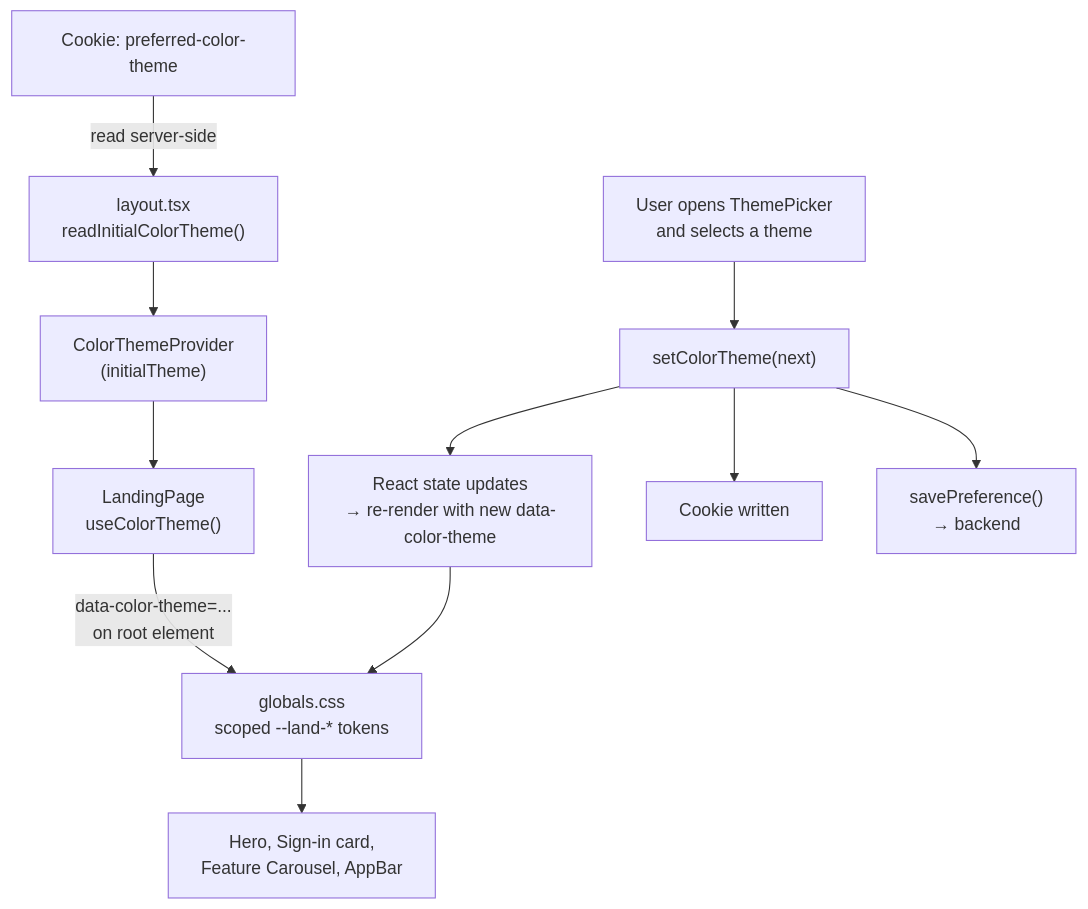
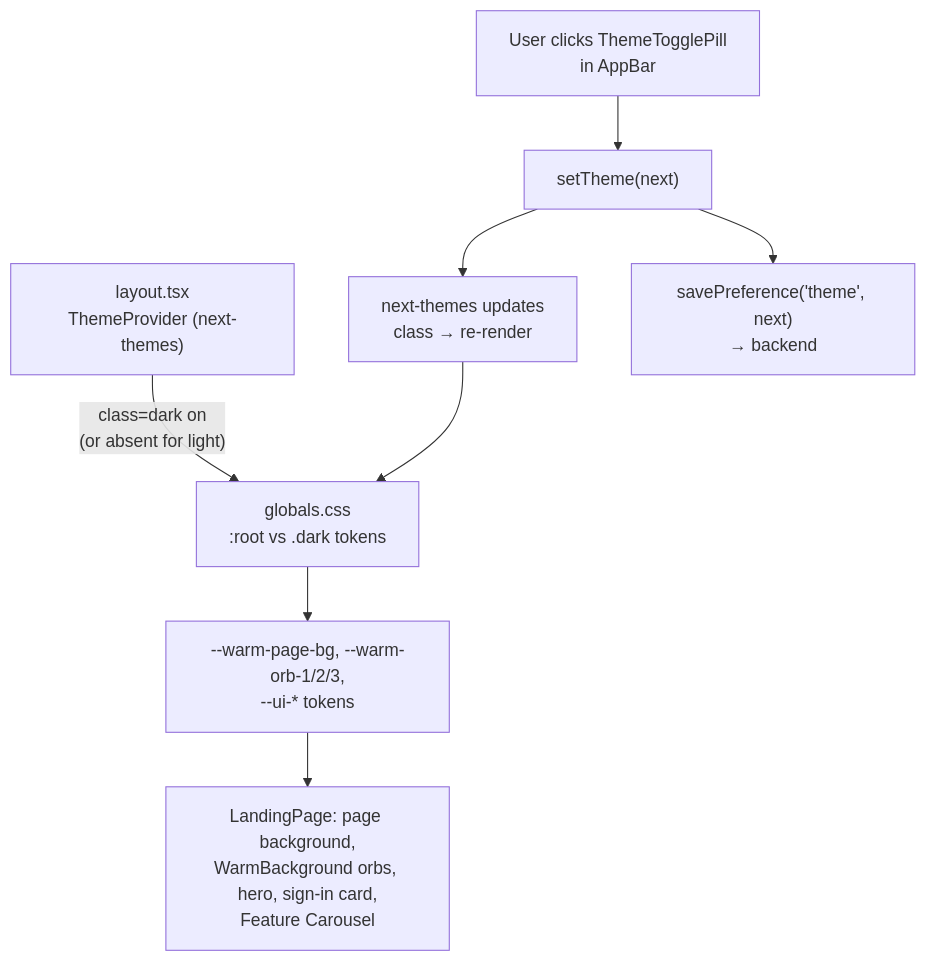
Before and after one commit to rahulsingh2k10/WealthVault: the first of 2 diagrams in frontend/docs/superpowers/screens/01 Landing Page.md, drawn with Mermaid. The commit also changed other lines of this file and 10 other files, not shown here.

Commit message:
Remove 9-color landing page theme system, revert to shared dark/light background

````diff
--- a/frontend/docs/superpowers/screens/01 Landing Page.md
+++ b/frontend/docs/superpowers/screens/01 Landing Page.md
@@ -145,14 +152,11 @@
 ```mermaid
 flowchart TD
-    A[Cookie: preferred-color-theme] -->|read server-side| B["layout.tsx\nreadInitialColorTheme()"]
-    B --> C["ColorThemeProvider\n(initialTheme)"]
-    C --> D["LandingPage\nuseColorTheme()"]
-    D -->|"data-color-theme=...\non root element"| E["globals.css\nscoped --land-* tokens"]
-    E --> F[Hero, Sign-in card,\nFeature Carousel, AppBar]
+    A["layout.tsx\nThemeProvider (next-themes)"] -->|"class=dark on <html>\n(or absent for light)"| B["globals.css\n:root vs .dark tokens"]
+    B --> C["--warm-page-bg, --warm-orb-1/2/3,\n--ui-* tokens"]
+    C --> D[LandingPage: page background,\nWarmBackground orbs, hero, sign-in card,\nFeature Carousel]
 
-    G[User opens ThemePicker\nand selects a theme] --> H["setColorTheme(next)"]
-    H --> I[React state updates\n→ re-render with new data-color-theme]
-    H --> J[Cookie written]
-    H --> K["savePreference()\n→ backend"]
-    I --> E
+    E[User clicks ThemeTogglePill\nin AppBar] --> F["setTheme(next)"]
+    F --> G["next-themes updates\n<html> class → re-render"]
+    F --> H["savePreference('theme', next)\n→ backend"]
+    G --> B
 ```
````
